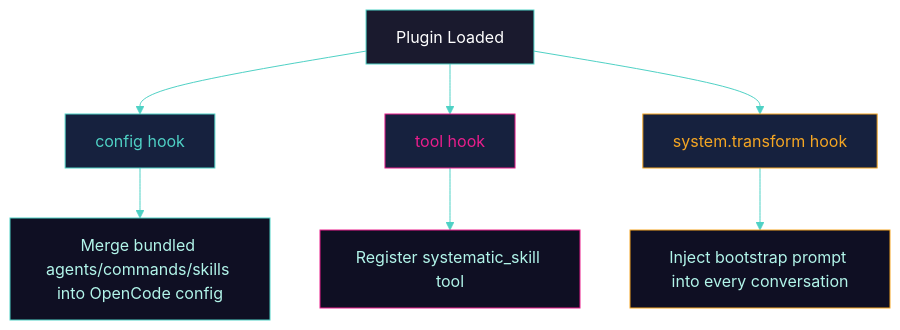
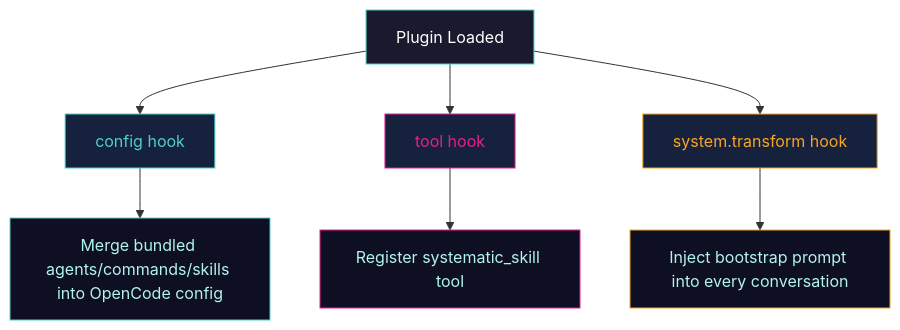
The diagram in docs/src/content/docs/guides/architecture.mdx (marcusrbrown/systematic), drawn with Mermaid before and after one commit. The commit also changed other lines of this file and 22 other files, not shown here.

First line of the commit message:
docs: branding cohesion — Mermaid, banner, new guides, install-first CTAs (#161)

````diff
--- a/docs/src/content/docs/guides/architecture.mdx
+++ b/docs/src/content/docs/guides/architecture.mdx
@@ -20,19 +20,18 @@
 ```mermaid
-%%{init: {'theme': 'base', 'themeVariables': { 'primaryColor': '#1a1a2e', 'primaryTextColor': '#fff', 'primaryBorderColor': '#4FD1C5', 'lineColor': '#4FD1C5', 'secondaryColor': '#16213e', 'tertiaryColor': '#0f0f23'}}}%%
 flowchart TB
     A[Plugin Loaded] --> B[config hook]
     A --> C[tool hook]
     A --> D[system.transform hook]
 
     B --> E[Merge bundled agents/commands/skills into OpenCode config]
     C --> F[Register systematic_skill tool]
     D --> G[Inject bootstrap prompt into every conversation]
 
     style A fill:#1a1a2e,stroke:#4FD1C5,color:#fff
     style B fill:#16213e,stroke:#4FD1C5,color:#4FD1C5
     style C fill:#16213e,stroke:#E91E8C,color:#E91E8C
     style D fill:#16213e,stroke:#F5A623,color:#F5A623
     style E fill:#0f0f23,stroke:#4FD1C5,color:#B2F5EA
     style F fill:#0f0f23,stroke:#E91E8C,color:#B2F5EA
     style G fill:#0f0f23,stroke:#F5A623,color:#B2F5EA
 ```
````
